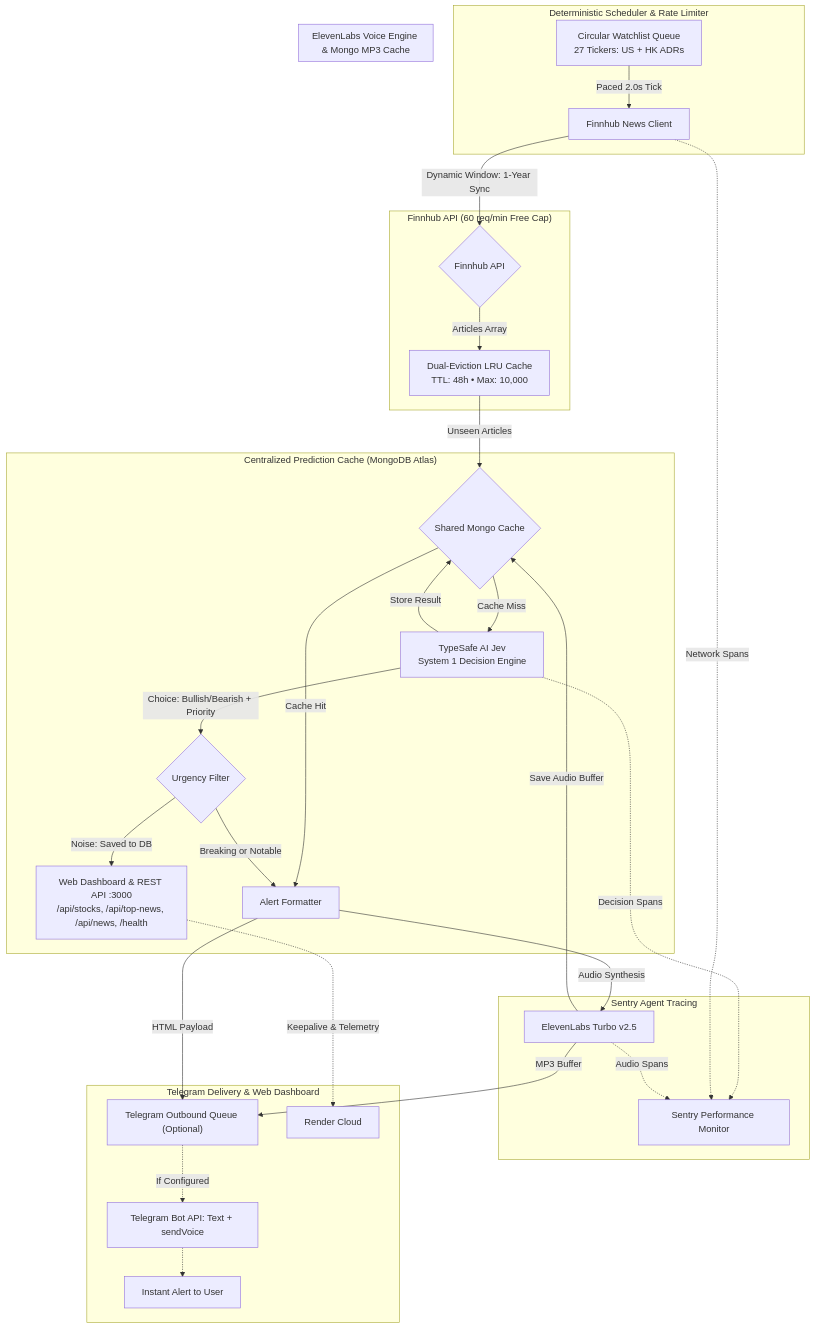
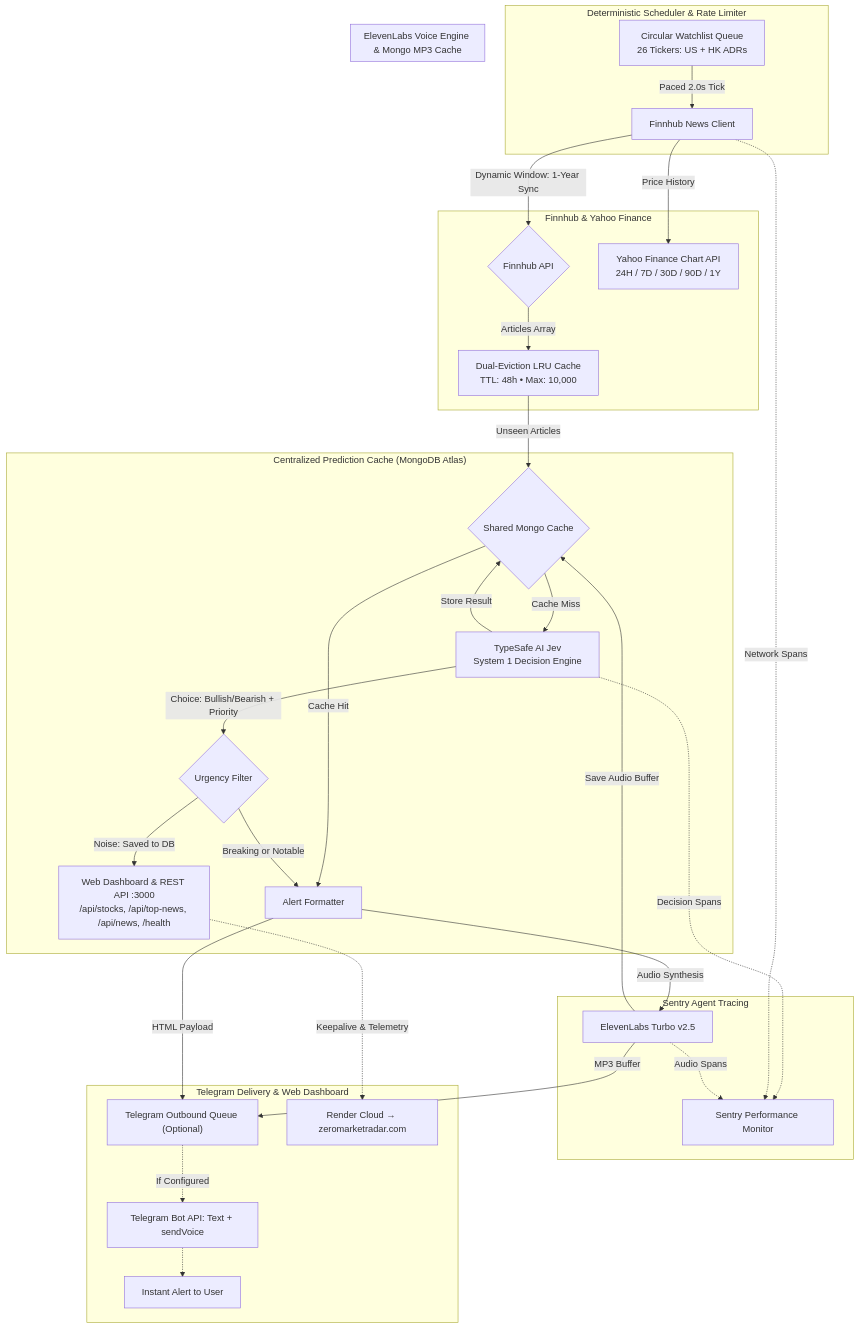
The diagram in README.md (ntsd/stock-news-alert), drawn with Mermaid before and after one commit. The commit also changed other lines of this file, not shown here.

````diff
--- a/README.md
+++ b/README.md
@@ -41,40 +44,41 @@
 ```mermaid
 flowchart TD
     subgraph Scheduler ["Deterministic Scheduler & Rate Limiter"]
-        A["Circular Watchlist Queue<br/>27 Tickers: US + HK ADRs"] -->|Paced 2.0s Tick| B["Finnhub News Client"]
+        A["Circular Watchlist Queue<br/>26 Tickers: US + HK ADRs"] -->|Paced 2.0s Tick| B["Finnhub News Client"]
     end
 
-    subgraph External ["Finnhub API (60 req/min Free Cap)"]
+    subgraph External ["Finnhub & Yahoo Finance"]
         B -->|Dynamic Window: 1-Year Sync| C{"Finnhub API"}
         C -->|Articles Array| D["Dual-Eviction LRU Cache<br/>TTL: 48h • Max: 10,000"]
+        B -->|Price History| YF["Yahoo Finance Chart API<br/>24H / 7D / 30D / 90D / 1Y"]
     end
 
     subgraph Storage ["Centralized Prediction Cache (MongoDB Atlas)"]
         D -->|Unseen Articles| M{"Shared Mongo Cache"}
         M -->|Cache Hit| G["Alert Formatter"]
         M -->|Cache Miss| E["TypeSafe AI Jev<br/>System 1 Decision Engine"]
         E -->|Store Result| M
         E -->|Choice: Bullish/Bearish + Priority| F{"Urgency Filter"}
         F -->|Noise: Saved to DB| K
         F -->|Breaking or Notable| G
     end
 
     subgraph Observability ["Sentry Agent Tracing"]
         E -.->|Decision Spans| S["Sentry Performance Monitor"]
         B -.->|Network Spans| S
         EL -.->|Audio Spans| S
     end
 
     subgraph Audio ["ElevenLabs Voice Engine & Mongo MP3 Cache"]
         G -->|Audio Synthesis| EL["ElevenLabs Turbo v2.5"]
         EL -->|Save Audio Buffer| M
     end
 
     subgraph Delivery ["Telegram Delivery & Web Dashboard"]
         EL -->|MP3 Buffer| H["Telegram Outbound Queue (Optional)"]
         G -->|HTML Payload| H
         H -.->|If Configured| I["Telegram Bot API: Text + sendVoice"]
         I -.-> J["Instant Alert to User"]
-        K["Web Dashboard & REST API :3000<br/>/api/stocks, /api/top-news, /api/news, /health"] -.->|Keepalive & Telemetry| L["Render Cloud"]
+        K["Web Dashboard & REST API :3000<br/>/api/stocks, /api/top-news, /api/news, /health"] -.->|Keepalive & Telemetry| L["Render Cloud → zeromarketradar.com"]
     end
 ```
````
